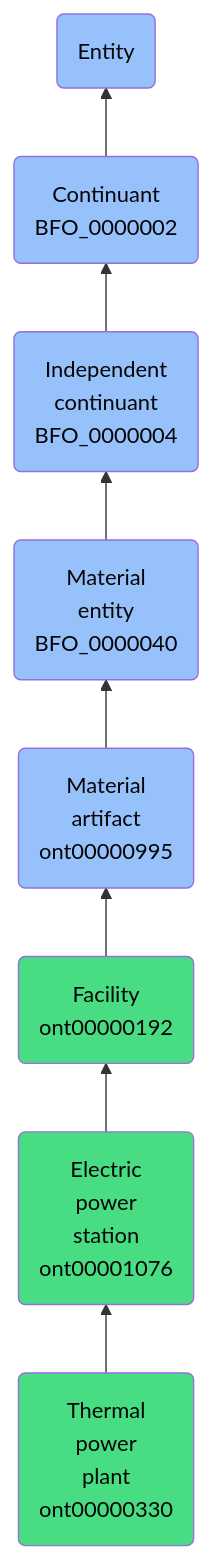
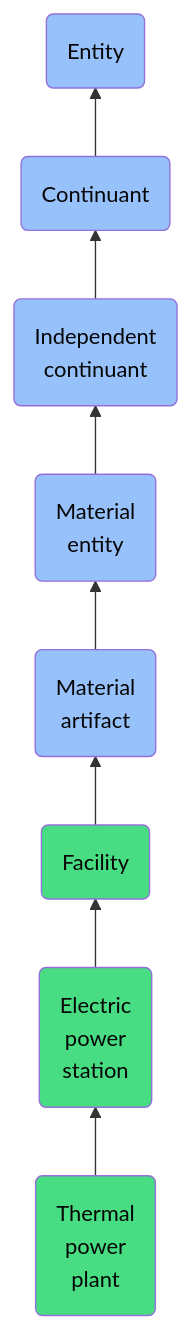
Before and after one commit to jupyter-naas/abi: the diagram in docs/ontology/reference/model/Entity/Continuant/Independent continuant/Material entity/Material artifact/Facility/Electric power station/Thermal power plant/Thermal power plant.md, drawn with Mermaid. The commit also changed other lines of this file and 1430 other files, not shown here.

````diff
--- a/docs/ontology/reference/model/Entity/Continuant/Independent continuant/Material entity/Material artifact/Facility/Electric power station/Thermal power plant/Thermal power plant.md
+++ b/docs/ontology/reference/model/Entity/Continuant/Independent continuant/Material entity/Material artifact/Facility/Electric power station/Thermal power plant/Thermal power plant.md
@@ -24,15 +24,15 @@
 ```mermaid
 graph BT
-    ont00000330(Thermal<br>power<br>plant<br>ont00000330):::ABI-->ont00001076
-    ont00001076(Electric<br>power<br>station<br>ont00001076):::ABI-->ont00000192
-    ont00000192(Facility<br>ont00000192):::ABI-->ont00000995
-    ont00000995(Material<br>artifact<br>ont00000995):::BFO-->BFO_0000040
-    BFO_0000040(Material<br>entity<br>BFO_0000040):::BFO-->BFO_0000004
-    BFO_0000004(Independent<br>continuant<br>BFO_0000004):::BFO-->BFO_0000002
-    BFO_0000002(Continuant<br>BFO_0000002):::BFO-->BFO_0000001
+    ont00000330(Thermal<br>power<br>plant):::ABI-->ont00001076
+    ont00001076(Electric<br>power<br>station):::ABI-->ont00000192
+    ont00000192(Facility):::ABI-->ont00000995
+    ont00000995(Material<br>artifact):::BFO-->BFO_0000040
+    BFO_0000040(Material<br>entity):::BFO-->BFO_0000004
+    BFO_0000004(Independent<br>continuant):::BFO-->BFO_0000002
+    BFO_0000002(Continuant):::BFO-->BFO_0000001
     BFO_0000001(Entity):::BFO
     
     classDef BFO fill:#97c1fb,color:#060606
     classDef CCO fill:#e4c51e,color:#060606
     classDef ABI fill:#48DD82,color:#060606
 ```
````
